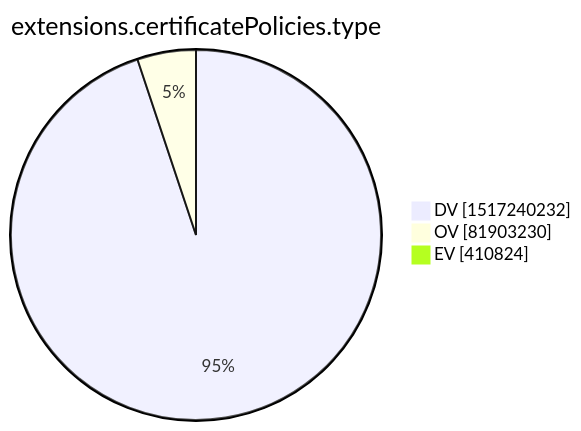
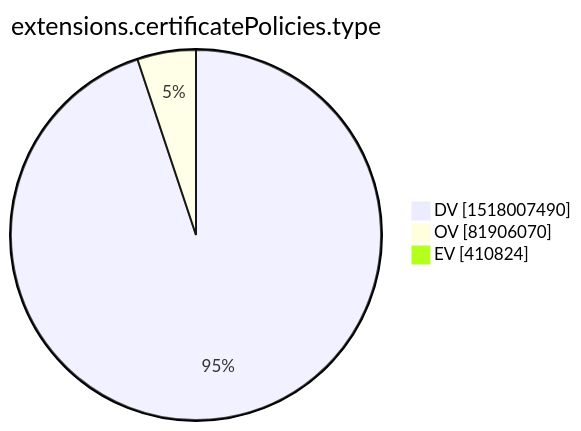
Before and after one commit to christiankrug/ctmonitor_visualization: the tenth of 15 diagrams in xenon2022/README.md, drawn with Mermaid. The commit also changed other lines of this file, not shown here.

````diff
--- a/xenon2022/README.md
+++ b/xenon2022/README.md
@@ -2875,7 +2875,7 @@
 ```mermaid
 pie showData
 title extensions.certificatePolicies.type
-"DV" :1517240232
-"OV" :81903230
+"DV" :1518007490
+"OV" :81906070
 "EV" :410824
 ```
````
